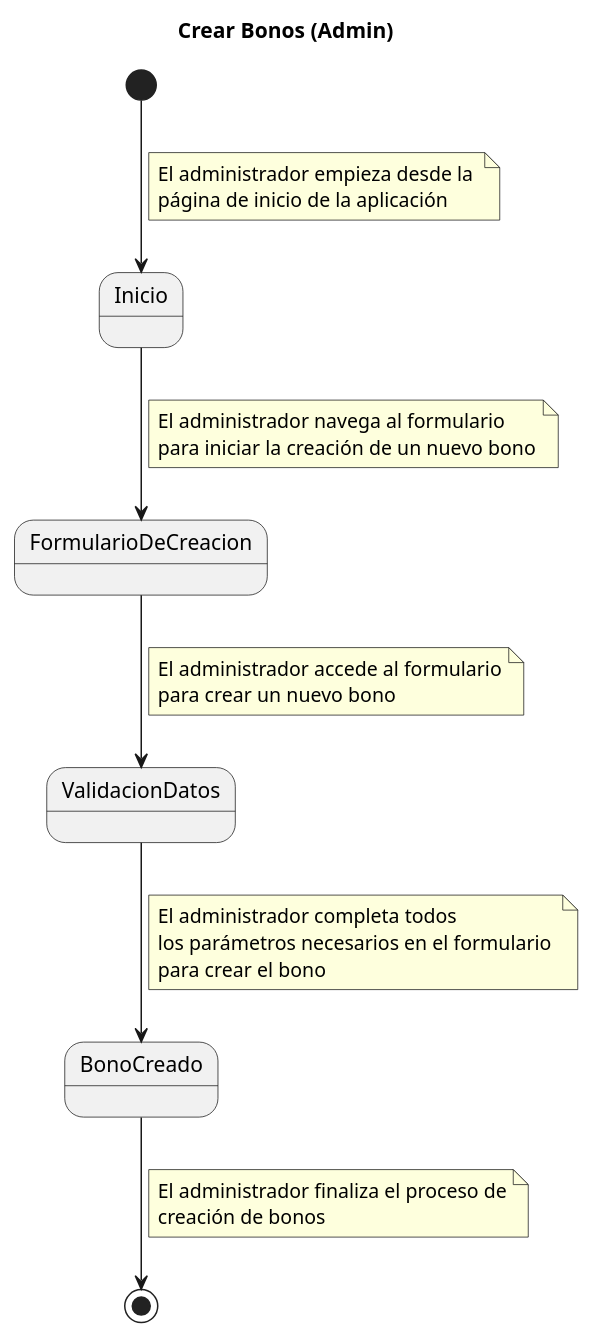
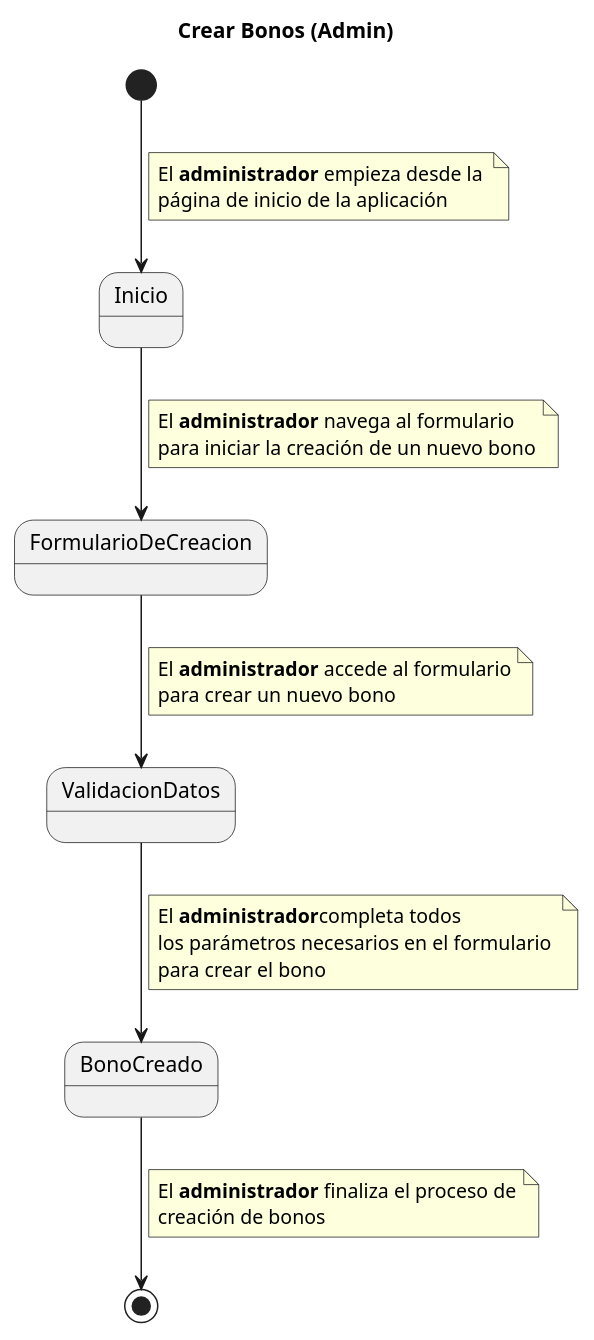
Before and after one commit to pablarce/23-24-IdSw1-SDR: the diagram in CasosDeUso/CduDetallados/CduBonos/CrearBonos.puml, drawn with PlantUML. The commit also changed 7 other files, not shown here.

```diff
--- a/CasosDeUso/CduDetallados/CduBonos/CrearBonos.puml
+++ b/CasosDeUso/CduDetallados/CduBonos/CrearBonos.puml
@@ -1,35 +1,35 @@
 @startuml
 title Crear Bonos (Admin)
 
 [*] --> Inicio
 note right on link
-El administrador empieza desde la 
+El **administrador** empieza desde la 
 página de inicio de la aplicación
 end note
 
 Inicio --> FormularioDeCreacion
 note right on link
-El administrador navega al formulario
+El **administrador** navega al formulario
 para iniciar la creación de un nuevo bono
 end note
 
 FormularioDeCreacion --> ValidacionDatos
 note right on link
-El administrador accede al formulario
+El **administrador** accede al formulario
 para crear un nuevo bono
 end note
 
 ValidacionDatos --> BonoCreado
 note right on link
-El administrador completa todos
+El **administrador**completa todos
 los parámetros necesarios en el formulario 
 para crear el bono
 end note
 
 BonoCreado --> [*]
 note right on link
-El administrador finaliza el proceso de
+El **administrador** finaliza el proceso de
 creación de bonos
 end note
 
 @enduml
```
